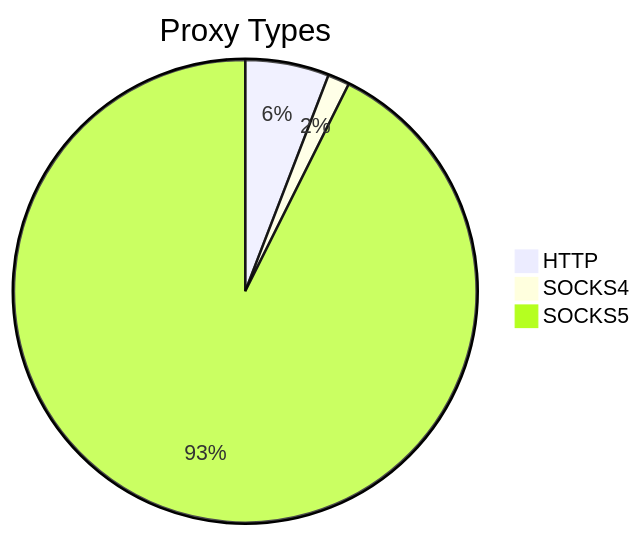
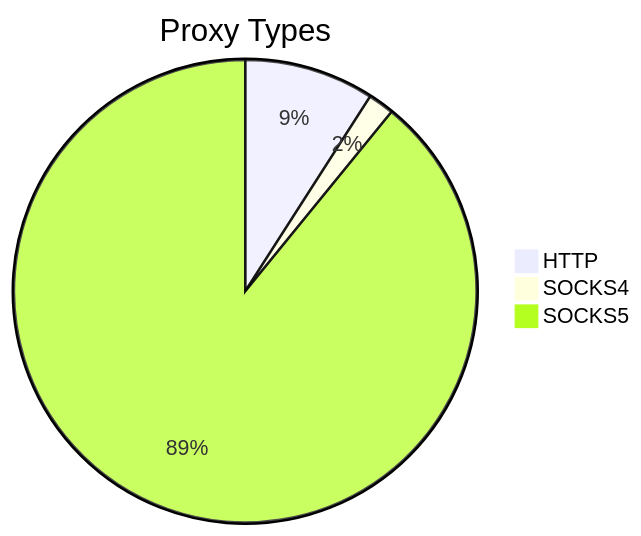
One commit to stormsia/proxy-list changed the first of 2 diagrams in README.md. Above: the diagram before and after it, drawn with Mermaid. The commit also changed other lines of this file, not shown here.

````diff
--- a/README.md
+++ b/README.md
@@ -21,6 +21,6 @@
 ```mermaid
 pie title Proxy Types
-    "HTTP" : 231
-    "SOCKS4" : 60
-    "SOCKS5" : 3656
+    "HTTP" : 245
+    "SOCKS4" : 49
+    "SOCKS5" : 2406
 ```
````
